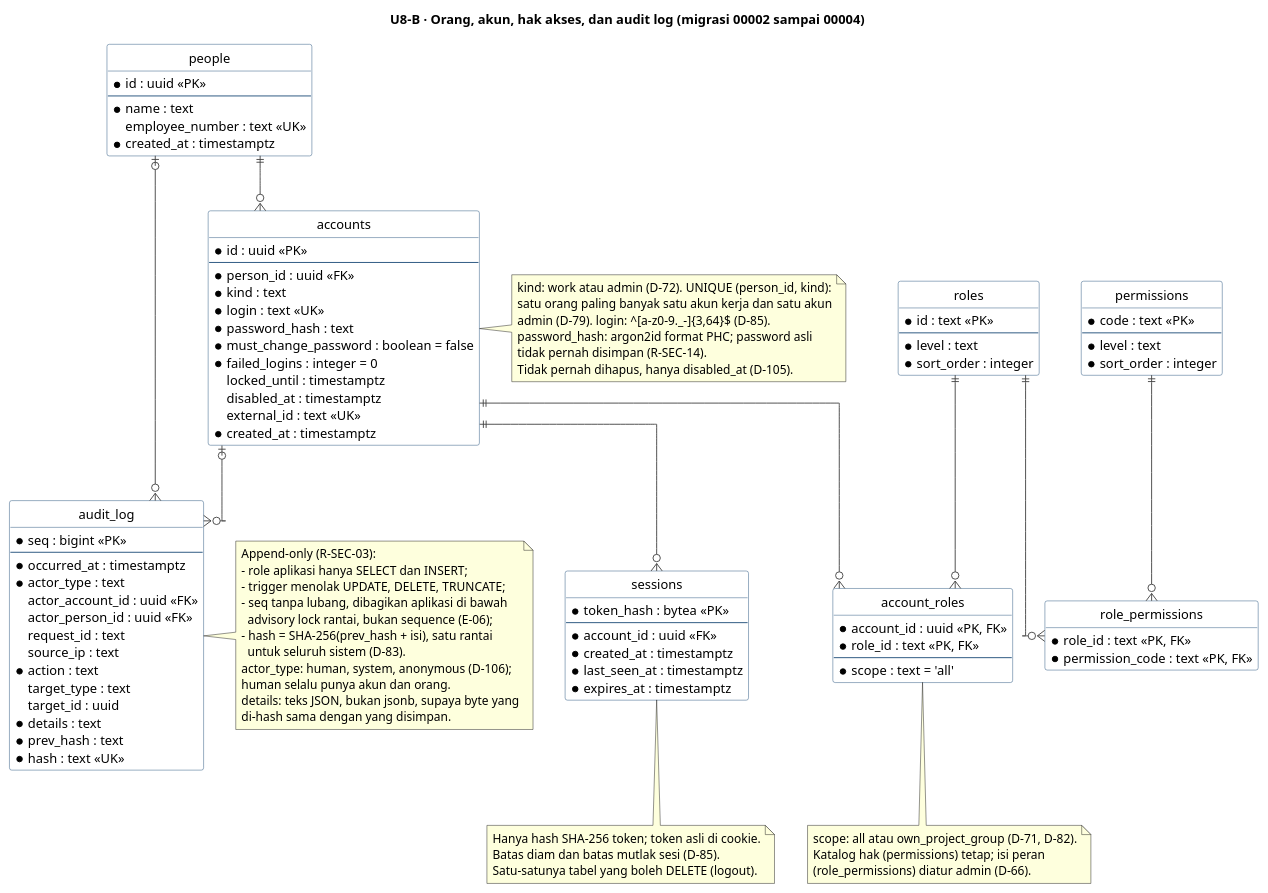
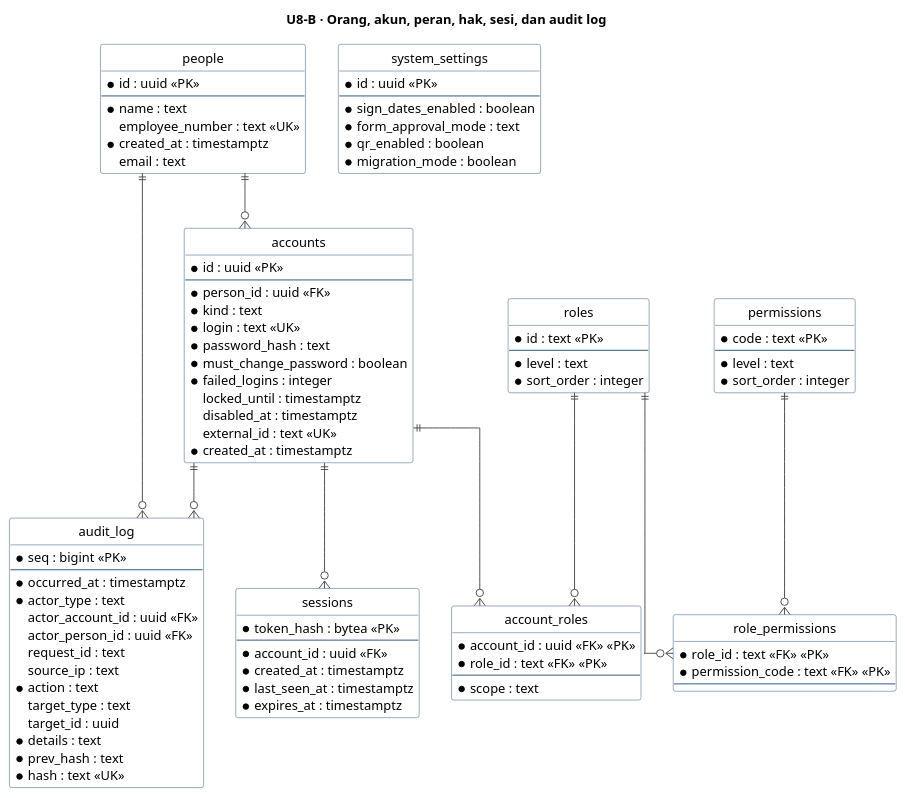
Before and after one commit to dkpauzi/revioten: the second of 10 diagrams in docs/uml/U8-erd.puml, drawn with PlantUML. The commit also changed other lines of this file and 61 other files, not shown here.

First line of the commit message:
D-194 (layar), UML draft 0.16, dan temuan E-126 sampai E-128

```diff
--- a/docs/uml/U8-erd.puml
+++ b/docs/uml/U8-erd.puml
@@ -148,130 +120,107 @@
 @startuml U8-B-akses-dan-audit
 hide circle
 hide empty members
 skinparam linetype ortho
 skinparam shadowing false
 skinparam ArrowColor #444444
 skinparam ClassBorderColor #1F4E79
 skinparam ClassBackgroundColor #FFFFFF
 
-title U8-B · Orang, akun, hak akses, dan audit log (migrasi 00002 sampai 00004)
+title U8-B · Orang, akun, peran, hak, sesi, dan audit log
 
 entity "people" as people {
   * id : uuid <<PK>>
   --
   * name : text
   employee_number : text <<UK>>
   * created_at : timestamptz
+  email : text
 }
 
 entity "accounts" as accounts {
   * id : uuid <<PK>>
   --
   * person_id : uuid <<FK>>
   * kind : text
   * login : text <<UK>>
   * password_hash : text
-  * must_change_password : boolean = false
-  * failed_logins : integer = 0
+  * must_change_password : boolean
+  * failed_logins : integer
   locked_until : timestamptz
   disabled_at : timestamptz
   external_id : text <<UK>>
   * created_at : timestamptz
 }
 
 entity "sessions" as sessions {
   * token_hash : bytea <<PK>>
   --
   * account_id : uuid <<FK>>
   * created_at : timestamptz
   * last_seen_at : timestamptz
   * expires_at : timestamptz
 }
 
+entity "roles" as roles {
+  * id : text <<PK>>
+  --
+  * level : text
+  * sort_order : integer
+}
+
 entity "permissions" as permissions {
   * code : text <<PK>>
   --
   * level : text
   * sort_order : integer
 }
 
-entity "roles" as roles {
-  * id : text <<PK>>
+entity "role_permissions" as role_permissions {
+  * role_id : text <<FK>> <<PK>>
+  * permission_code : text <<FK>> <<PK>>
   --
-  * level : text
-  * sort_order : integer
-}
-
-entity "role_permissions" as role_permissions {
-  * role_id : text <<PK, FK>>
-  * permission_code : text <<PK, FK>>
 }
 
 entity "account_roles" as account_roles {
-  * account_id : uuid <<PK, FK>>
-  * role_id : text <<PK, FK>>
+  * account_id : uuid <<FK>> <<PK>>
+  * role_id : text <<FK>> <<PK>>
   --
-  * scope : text = 'all'
+  * scope : text
 }
 
 entity "audit_log" as audit_log {
   * seq : bigint <<PK>>
   --
   * occurred_at : timestamptz
   * actor_type : text
   actor_account_id : uuid <<FK>>
   actor_person_id : uuid <<FK>>
   request_id : text
   source_ip : text
   * action : text
   target_type : text
   target_id : uuid
   * details : text
   * prev_hash : text
   * hash : text <<UK>>
 }
 
-people ||--o{ accounts
-accounts ||--o{ sessions
-roles ||--o{ role_permissions
-permissions ||--o{ role_permissions
+entity "system_settings" as system_settings {
+  * id : uuid <<PK>>
+  --
+  * sign_dates_enabled : boolean
+  * form_approval_mode : text
+  * qr_enabled : boolean
+  * migration_mode : boolean
+}
+
 accounts ||--o{ account_roles
 roles ||--o{ account_roles
-accounts |o--o{ audit_log
-people |o--o{ audit_log
+people ||--o{ accounts
+accounts ||--o{ audit_log
+people ||--o{ audit_log
+permissions ||--o{ role_permissions
+roles ||--o{ role_permissions
+accounts ||--o{ sessions
 
-note right of accounts
-  kind: work atau admin (D-72). UNIQUE (person_id, kind):
-  satu orang paling banyak satu akun kerja dan satu akun
-  admin (D-79). login: ^[a-z0-9._-]{3,64}$ (D-85).
-  password_hash: argon2id format PHC; password asli
-  tidak pernah disimpan (R-SEC-14).
-  Tidak pernah dihapus, hanya disabled_at (D-105).
-end note
-
-note bottom of sessions
-  Hanya hash SHA-256 token; token asli di cookie.
-  Batas diam dan batas mutlak sesi (D-85).
-  Satu-satunya tabel yang boleh DELETE (logout).
-end note
-
-note bottom of account_roles
-  scope: all atau own_project_group (D-71, D-82).
-  Katalog hak (permissions) tetap; isi peran
-  (role_permissions) diatur admin (D-66).
-end note
-
-note right of audit_log
-  Append-only (R-SEC-03):
-  - role aplikasi hanya SELECT dan INSERT;
-  - trigger menolak UPDATE, DELETE, TRUNCATE;
-  - seq tanpa lubang, dibagikan aplikasi di bawah
-    advisory lock rantai, bukan sequence (E-06);
-  - hash = SHA-256(prev_hash + isi), satu rantai
-    untuk seluruh sistem (D-83).
-  actor_type: human, system, anonymous (D-106);
-  human selalu punya akun dan orang.
-  details: teks JSON, bukan jsonb, supaya byte yang
-  di-hash sama dengan yang disimpan.
-end note
 @enduml
```
